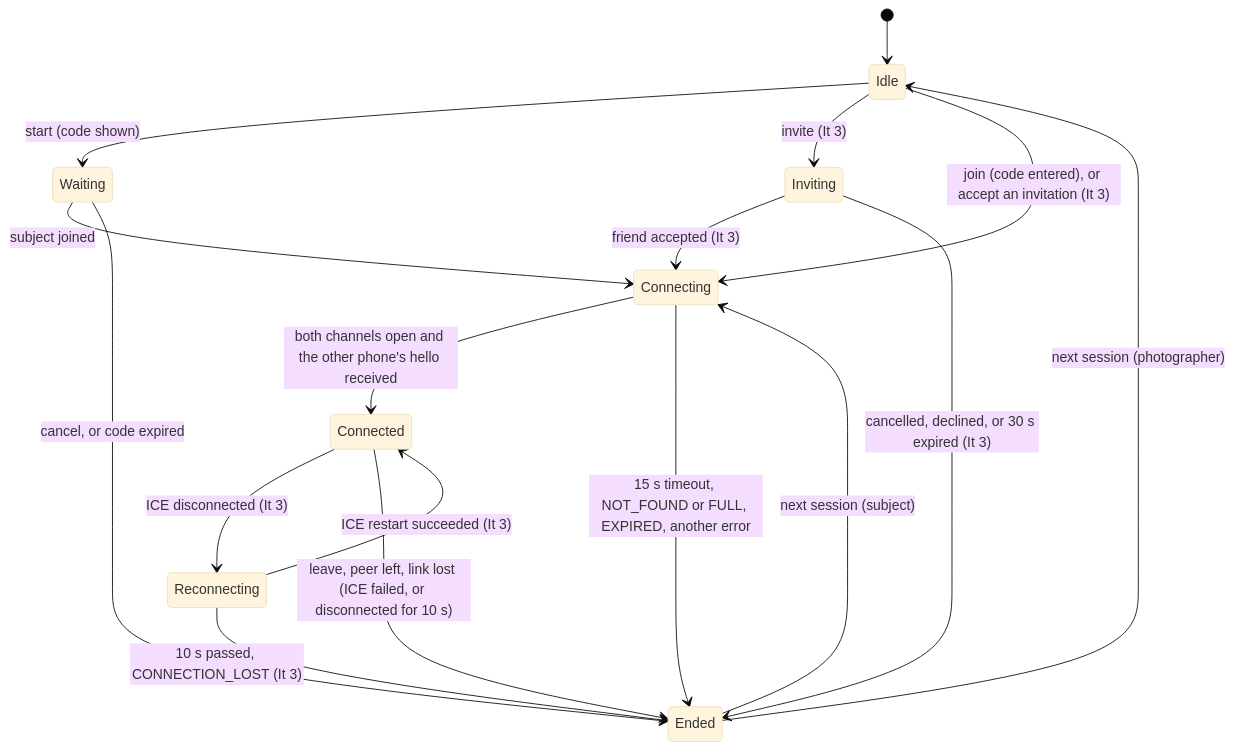
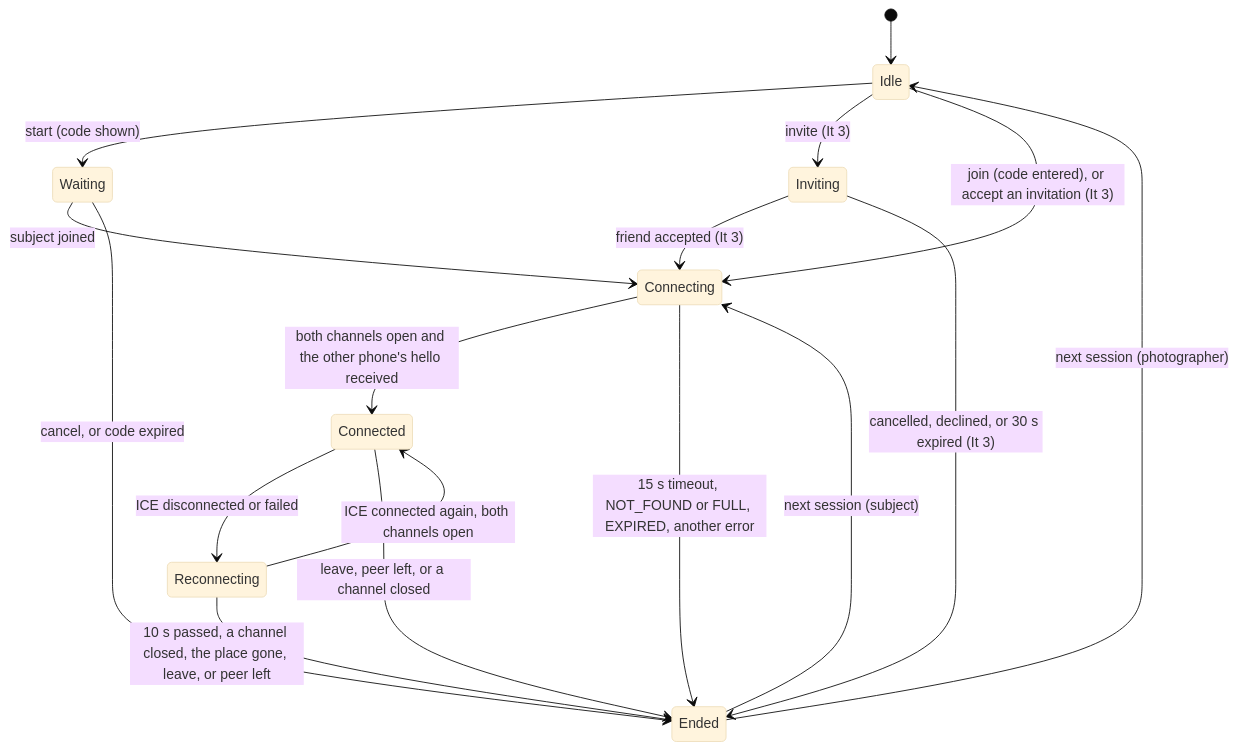
The tenth of 12 diagrams in wiki/Design-Documentation.md (snuhcs-course/swpp-2026-project-team-10), drawn with Mermaid (base theme) before and after one commit. The commit also changed other lines of this file and 33 other files, not shown here.

````diff
--- a/wiki/Design-Documentation.md
+++ b/wiki/Design-Documentation.md
@@ -961,19 +964,19 @@
 ```mermaid
 stateDiagram-v2
   [*] --> Idle
   Idle --> Waiting: start (code shown)
   Idle --> Inviting: invite (It 3)
   Idle --> Connecting: join (code entered), or accept an invitation (It 3)
   Waiting --> Connecting: subject joined
   Waiting --> Ended: cancel, or code expired
   Inviting --> Connecting: friend accepted (It 3)
   Inviting --> Ended: cancelled, declined, or 30 s expired (It 3)
   Connecting --> Connected: both channels open and the other phone's hello received
   Connecting --> Ended: 15 s timeout, NOT_FOUND or FULL, EXPIRED, another error
-  Connected --> Reconnecting: ICE disconnected (It 3)
-  Reconnecting --> Connected: ICE restart succeeded (It 3)
-  Reconnecting --> Ended: 10 s passed, CONNECTION_LOST (It 3)
-  Connected --> Ended: leave, peer left, link lost (ICE failed, or disconnected for 10 s)
+  Connected --> Reconnecting: ICE disconnected or failed
+  Reconnecting --> Connected: ICE connected again, both channels open
+  Reconnecting --> Ended: 10 s passed, a channel closed, the place gone, leave, or peer left
+  Connected --> Ended: leave, peer left, or a channel closed
   Ended --> Idle: next session (photographer)
   Ended --> Connecting: next session (subject)
 ```
````
